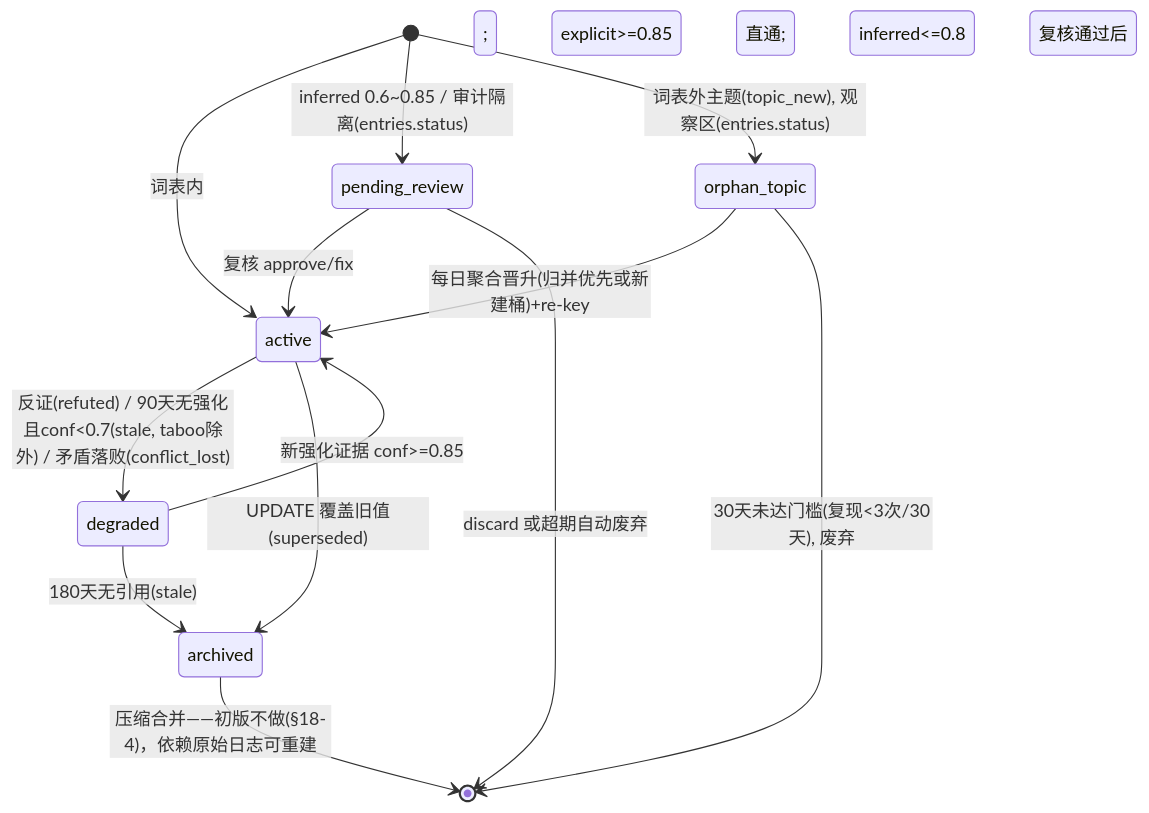
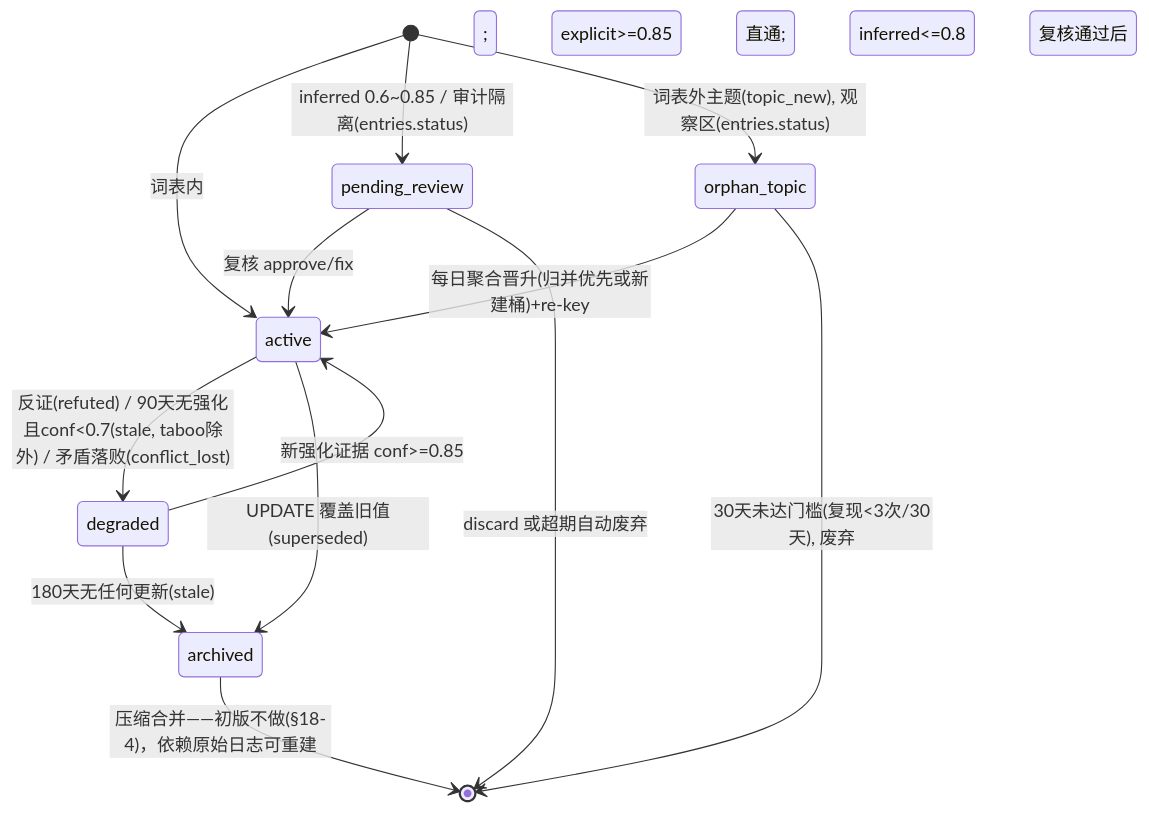
Before and after one commit to helyho/pismor: the first of 3 diagrams in docs/superpowers/specs/2026-11-23-user-profile-memory-design.md, drawn with Mermaid. The commit also changed other lines of this file, not shown here.

````diff
--- a/docs/superpowers/specs/2026-11-23-user-profile-memory-design.md
+++ b/docs/superpowers/specs/2026-11-23-user-profile-memory-design.md
@@ -68,15 +68,15 @@
 ```mermaid
 stateDiagram-v2
     [*] --> active: 词表内; explicit>=0.85 直通; inferred<=0.8 复核通过后
     [*] --> pending_review: inferred 0.6~0.85 / 审计隔离(entries.status)
     [*] --> orphan_topic: 词表外主题(topic_new), 观察区(entries.status)
     pending_review --> active: 复核 approve/fix
     pending_review --> [*]: discard 或超期自动废弃
     orphan_topic --> active: 每日聚合晋升(归并优先或新建桶)+re-key
     orphan_topic --> [*]: 30天未达门槛(复现<3次/30天), 废弃
     active --> degraded: 反证(refuted) / 90天无强化且conf<0.7(stale, taboo除外) / 矛盾落败(conflict_lost)
     degraded --> active: 新强化证据 conf>=0.85
     active --> archived: UPDATE 覆盖旧值(superseded)
-    degraded --> archived: 180天无引用(stale)
+    degraded --> archived: 180天无任何更新(stale)
     archived --> [*]: 压缩合并——初版不做(§18-4)，依赖原始日志可重建
 ```
````
